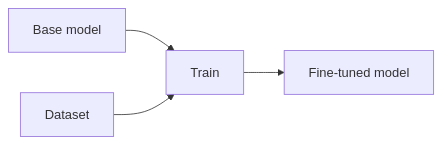
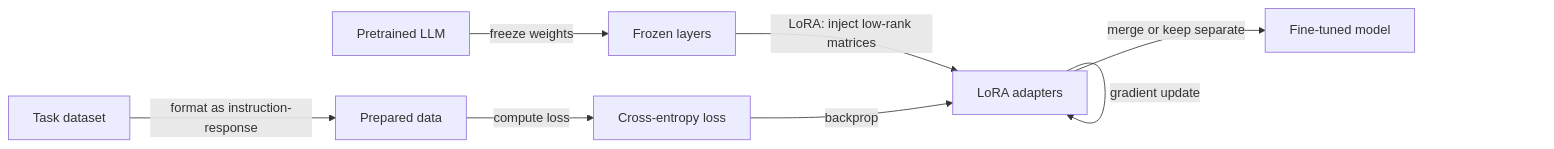
One commit to EmersonBraun/ai-summary-hub changed the diagram in docs/llms/fine-tuning.md. Above: the diagram before and after it, drawn with Mermaid. The commit also changed other lines of this file and 77 other files, not shown here.

````diff
--- a/docs/llms/fine-tuning.md
+++ b/docs/llms/fine-tuning.md
@@ -19,6 +21,10 @@
 ```mermaid
 flowchart LR
-  Base[Base model] --> Train[Train]
-  Dataset[Dataset] --> Train
-  Train --> FineTuned[Fine-tuned model]
+  Base[Pretrained LLM] -->|freeze weights| Frozen[Frozen layers]
+  Dataset[Task dataset] -->|format as instruction-response| DataPrep[Prepared data]
+  DataPrep -->|compute loss| Loss[Cross-entropy loss]
+  Frozen -->|LoRA: inject low-rank matrices| LoRA[LoRA adapters]
+  LoRA -->|gradient update| LoRA
+  Loss -->|backprop| LoRA
+  LoRA -->|merge or keep separate| FineTuned[Fine-tuned model]
 ```
````
